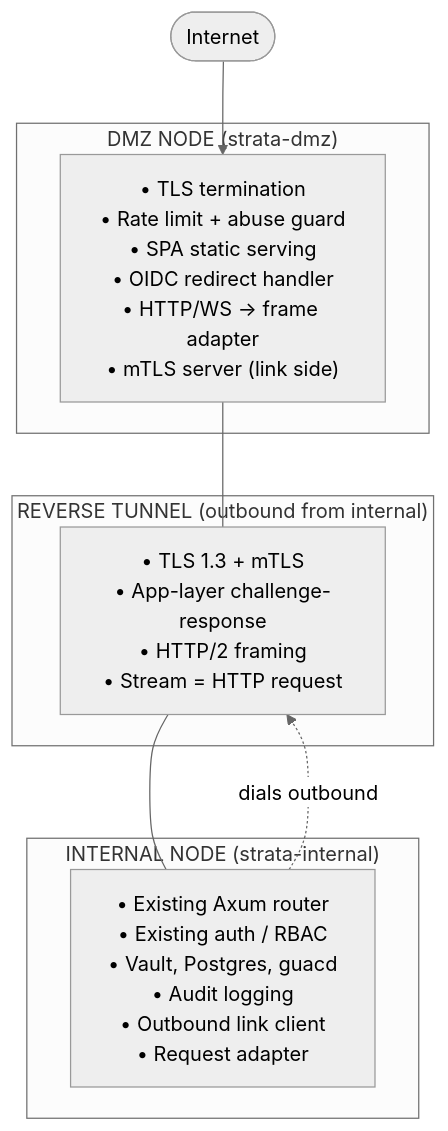
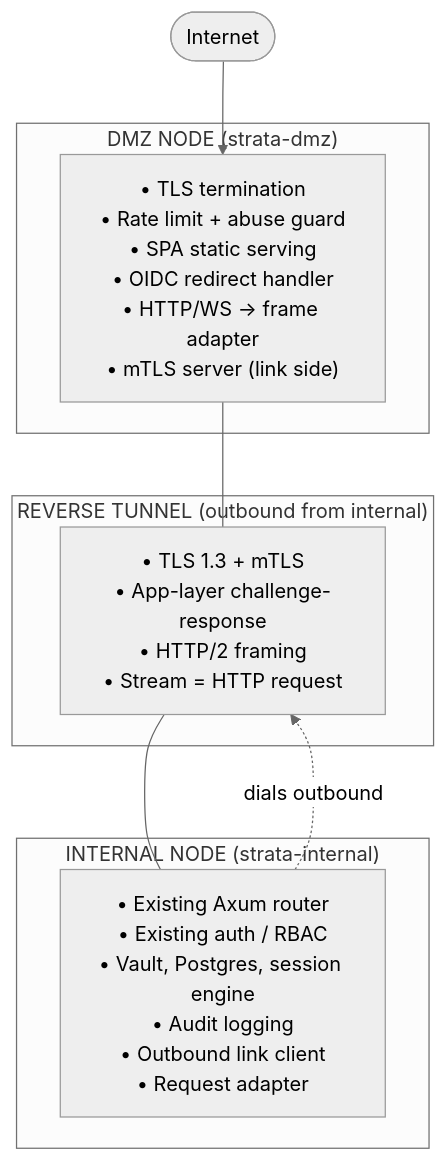
Before and after one commit to Bails309/strata-client: the diagram in docs/dmz-implementation-plan.md, drawn with Mermaid (neutral theme). The commit also changed other lines of this file and 167 other files, not shown here.

````diff
--- a/docs/dmz-implementation-plan.md
+++ b/docs/dmz-implementation-plan.md
@@ -47,17 +47,17 @@
 ```mermaid
 flowchart TB
     Internet([Internet])
     Internet --> DMZ
     subgraph DMZNode["DMZ NODE (strata-dmz)"]
         DMZ["• TLS termination<br/>• Rate limit + abuse guard<br/>• SPA static serving<br/>• OIDC redirect handler<br/>• HTTP/WS → frame adapter<br/>• mTLS server (link side)"]
     end
     subgraph Tunnel["REVERSE TUNNEL (outbound from internal)"]
         Link["• TLS 1.3 + mTLS<br/>• App-layer challenge-response<br/>• HTTP/2 framing<br/>• Stream = HTTP request"]
     end
     subgraph InternalNode["INTERNAL NODE (strata-internal)"]
-        Internal["• Existing Axum router<br/>• Existing auth / RBAC<br/>• Vault, Postgres, guacd<br/>• Audit logging<br/>• Outbound link client<br/>• Request adapter"]
+        Internal["• Existing Axum router<br/>• Existing auth / RBAC<br/>• Vault, Postgres, session engine<br/>• Audit logging<br/>• Outbound link client<br/>• Request adapter"]
     end
     DMZ --- Link
     Link --- Internal
     Internal -.->|dials outbound| Link
 ```
````
